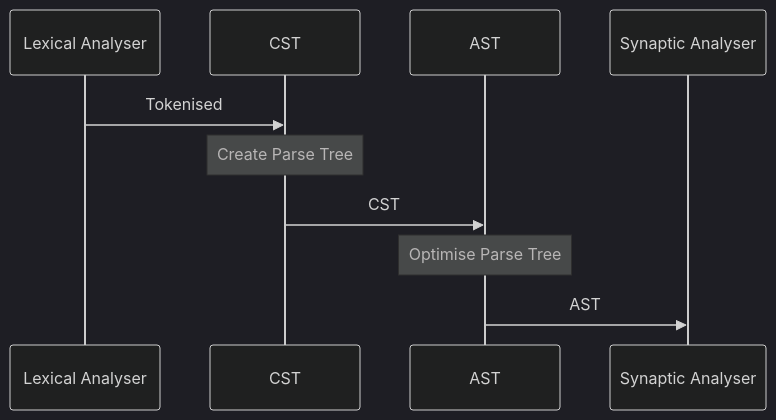
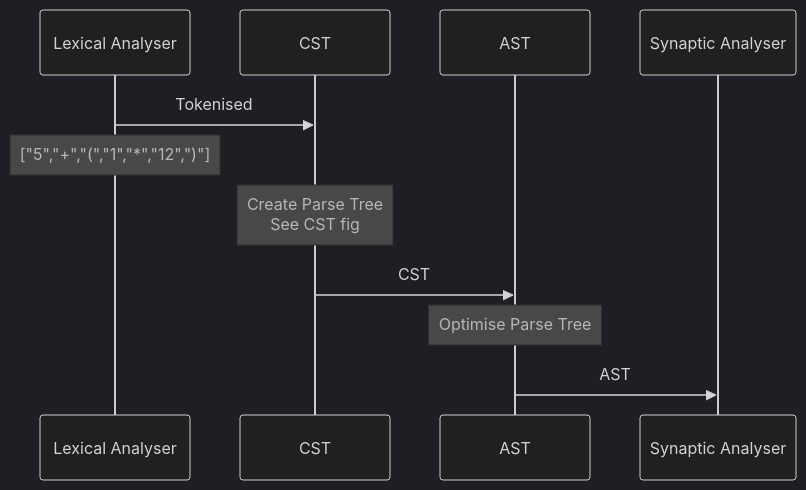
One commit to trshant-sugoi/stackedit changed the third of 5 diagrams in drafts/2019-02-25-Compiler-I-AST.md. Above: the diagram before and after it, drawn with Mermaid (dark theme). The commit also changed other lines of this file, not shown here.

````diff
--- a/drafts/2019-02-25-Compiler-I-AST.md
+++ b/drafts/2019-02-25-Compiler-I-AST.md
@@ -63,12 +63,13 @@
 ```mermaid
 sequenceDiagram
 participant T as Lexical Analyser   
 participant SA1 as CST
 participant SA2 as AST 
 
 T ->> SA1 : Tokenised   
-Note over SA1: Create Parse Tree
+Note over T:["5","+","(","1","*","12",")"]
+Note over SA1: Create Parse Tree<br/>See CST fig
 SA1  ->> SA2 : CST
 Note over SA2: Optimise Parse Tree
 SA2  ->> Synaptic Analyser: AST 
 ```  
````
